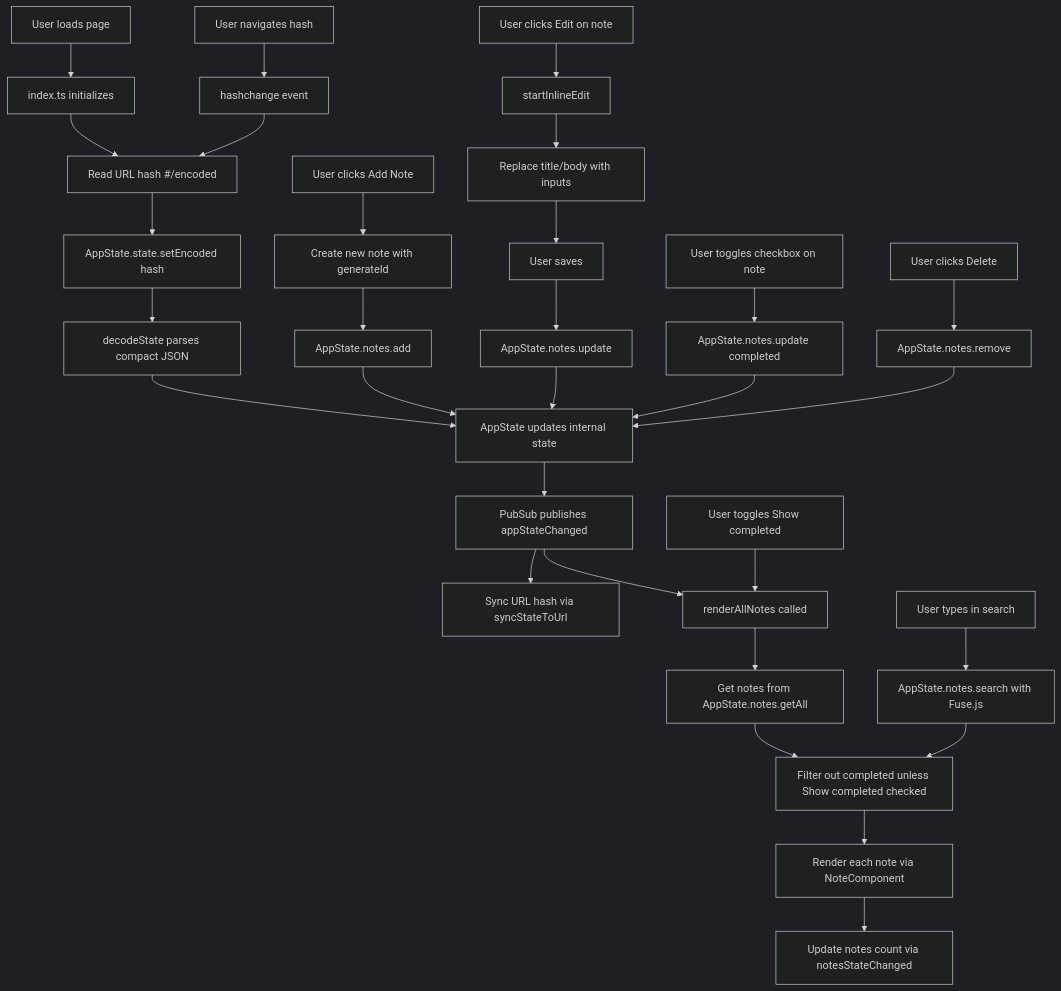
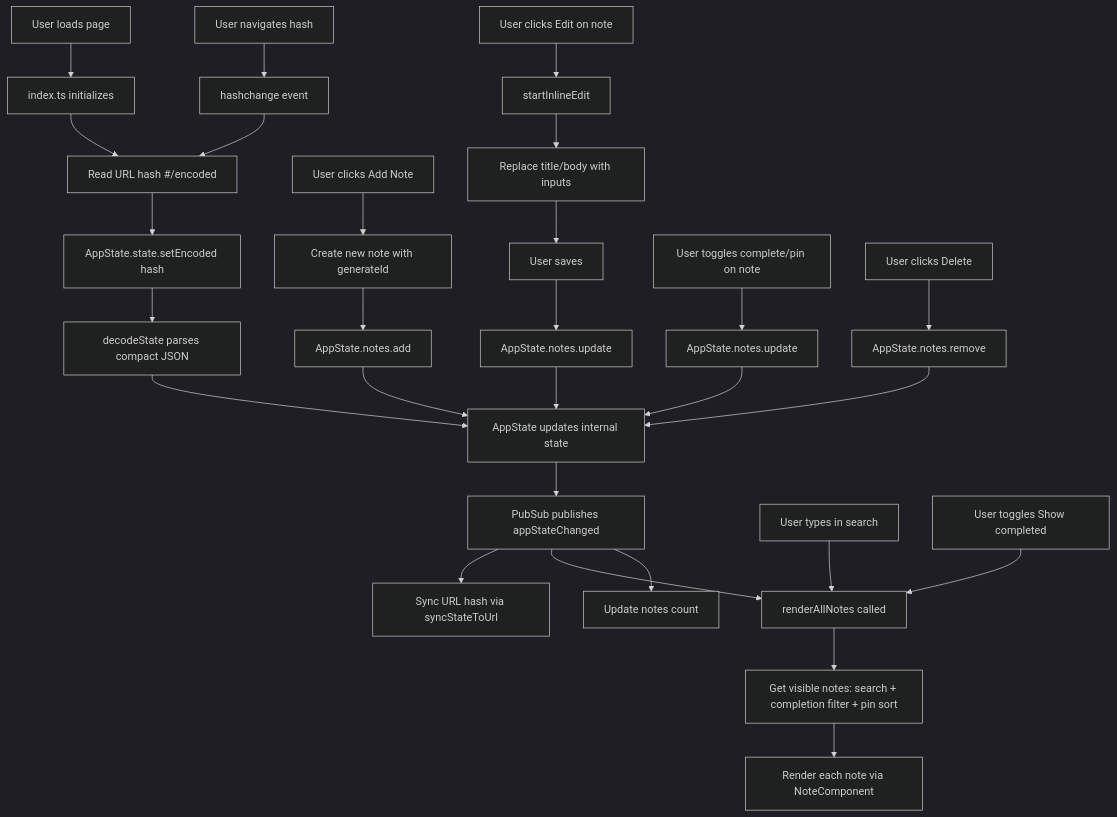
One commit to hiimalexjgarcia/base64-encoded-state-test changed the diagram in APP_FLOW.md. Above: the diagram before and after it, drawn with Mermaid (dark theme). The commit also changed other lines of this file and 7 other files, not shown here.

Commit message:
feat: add pin priority to keep notes on top

````diff
--- a/APP_FLOW.md
+++ b/APP_FLOW.md
@@ -3,39 +3,37 @@
 ```mermaid
 graph TD
     A[User loads page] --> B[index.ts initializes]
     B --> C[Read URL hash #/encoded]
     C --> D[AppState.state.setEncoded hash]
     D --> E[decodeState parses compact JSON]
     E --> F[AppState updates internal state]
     F --> G[PubSub publishes appStateChanged]
     G --> H[Sync URL hash via syncStateToUrl]
     G --> I[renderAllNotes called]
-    I --> J[Get notes from AppState.notes.getAll]
-    J --> K[Filter out completed unless Show completed checked]
-    K --> L[Render each note via NoteComponent]
-    L --> M[Update notes count via notesStateChanged]
+    G --> M[Update notes count]
+    I --> J[Get visible notes: search + completion filter + pin sort]
+    J --> L[Render each note via NoteComponent]
 
     N[User clicks Add Note] --> O[Create new note with generateId]
     O --> P[AppState.notes.add]
     P --> F
 
     Q[User clicks Edit on note] --> R[startInlineEdit]
     R --> S[Replace title/body with inputs]
     S --> T[User saves]
     T --> U[AppState.notes.update]
     U --> F
 
-    V[User toggles checkbox on note] --> W[AppState.notes.update completed]
+    V[User toggles complete/pin on note] --> W[AppState.notes.update]
     W --> F
 
     X[User clicks Delete] --> Y[AppState.notes.remove]
     Y --> F
 
-    Z[User types in search] --> AA[AppState.notes.search with Fuse.js]
-    AA --> K
+    Z[User types in search] --> I
 
     AB[User toggles Show completed] --> I
 
     AC[User navigates hash] --> AD[hashchange event]
     AD --> C
 ```
````
